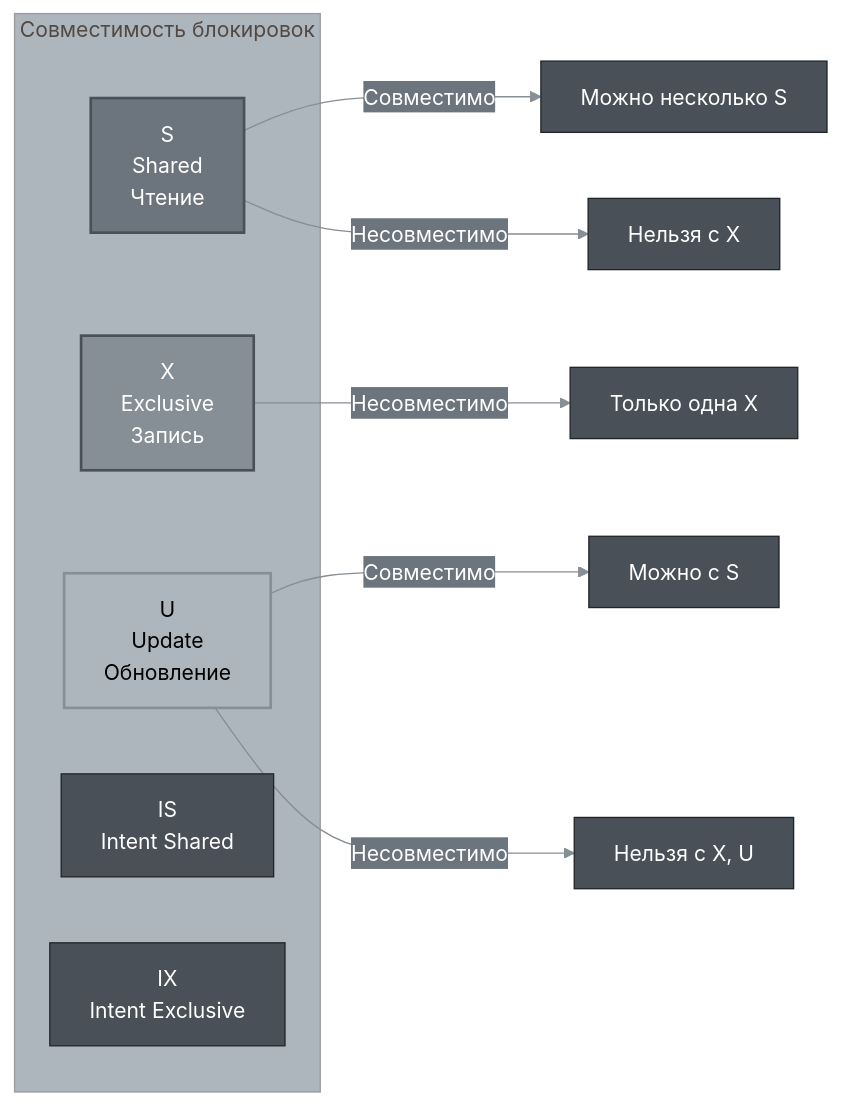
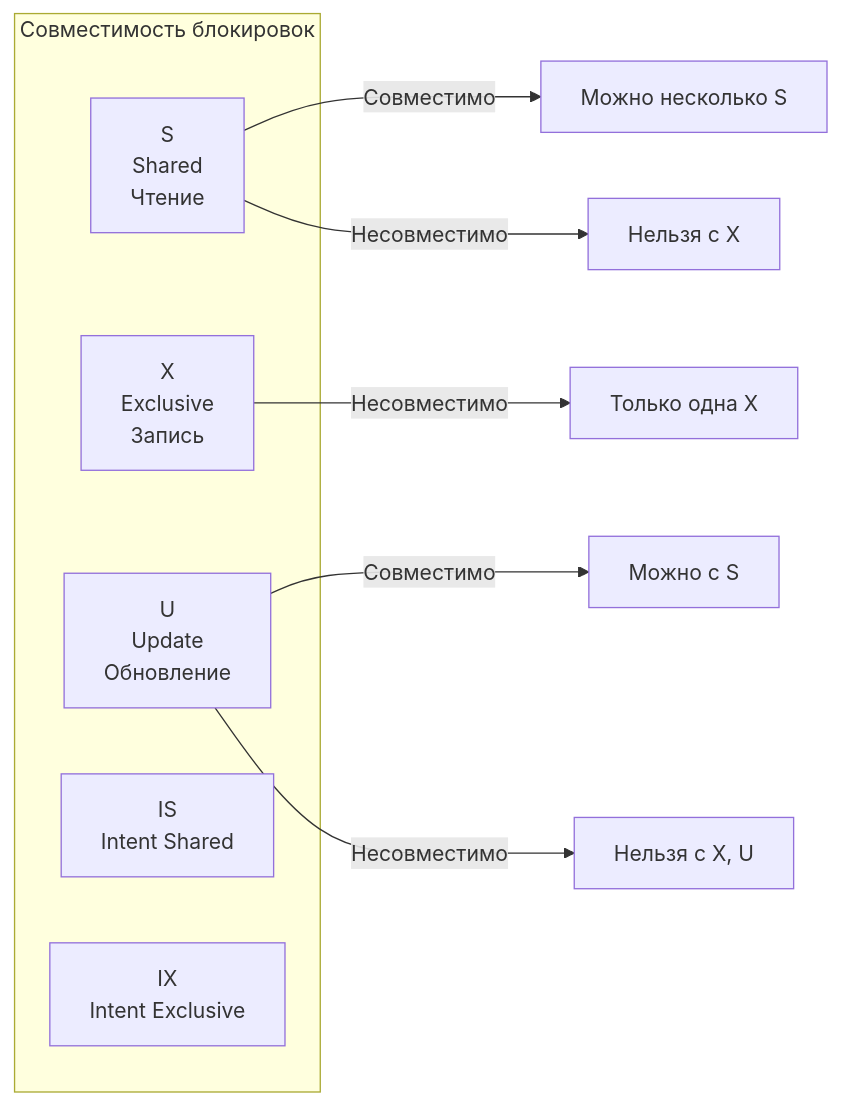
Before and after one commit to alx314vo/db_exam: the tenth of 23 diagrams in db_exam.md, drawn with Mermaid. The commit also changed other lines of this file and 1 other file, not shown here.

````diff
--- a/db_exam.md
+++ b/db_exam.md
@@ -537,21 +499,17 @@
 ```mermaid
-%%{init: {'theme':'base', 'themeVariables': {'primaryColor':'#495057','primaryTextColor':'#fff','primaryBorderColor':'#212529','lineColor':'#868e96','secondaryColor':'#6c757d','tertiaryColor':'#adb5bd','background':'#ffffff','textColor':'#212529'}}}%%
 graph LR
     subgraph "Совместимость блокировок"
         A[S<br/>Shared<br/>Чтение] 
         B[X<br/>Exclusive<br/>Запись]
         C[U<br/>Update<br/>Обновление]
         D[IS<br/>Intent Shared]
         E[IX<br/>Intent Exclusive]
     end
     
     A -->|Совместимо| A1[Можно несколько S]
     A -->|Несовместимо| B1[Нельзя с X]
     B -->|Несовместимо| B2[Только одна X]
     C -->|Совместимо| C1[Можно с S]
     C -->|Несовместимо| C2[Нельзя с X, U]
     
-    style A fill:#6c757d,stroke:#495057,stroke-width:2px,color:#fff
-    style B fill:#868e96,stroke:#495057,stroke-width:2px,color:#fff
-    style C fill:#adb5bd,stroke:#868e96,stroke-width:2px,color:#000
 ```
````
